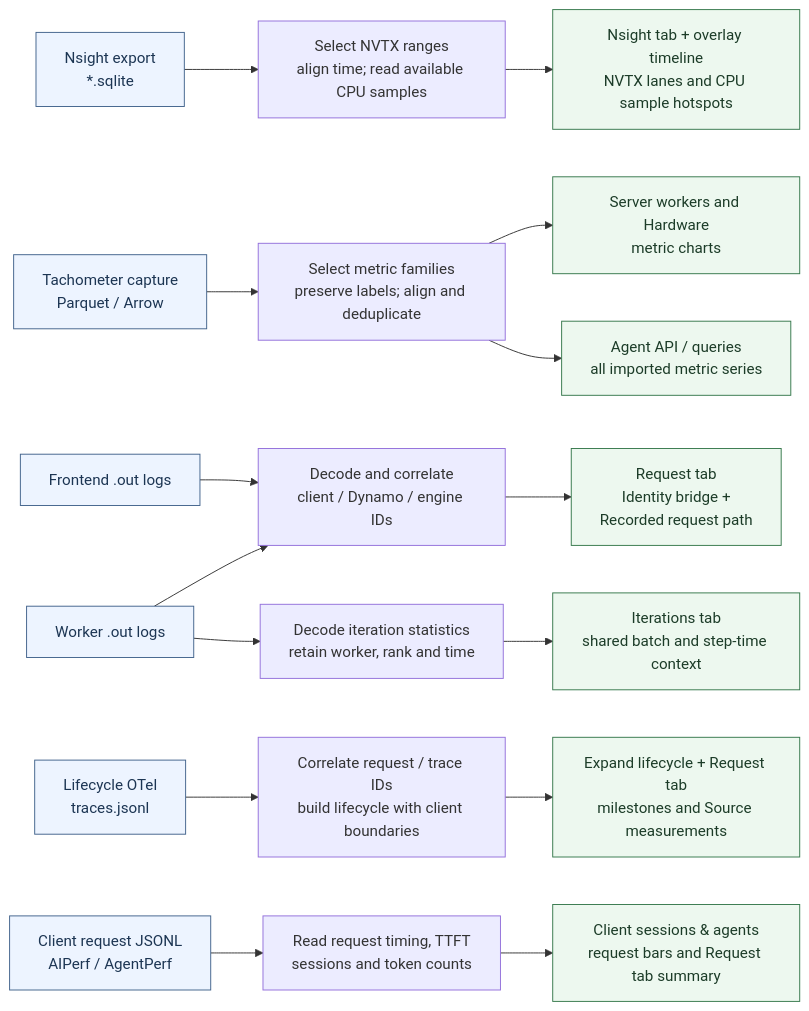
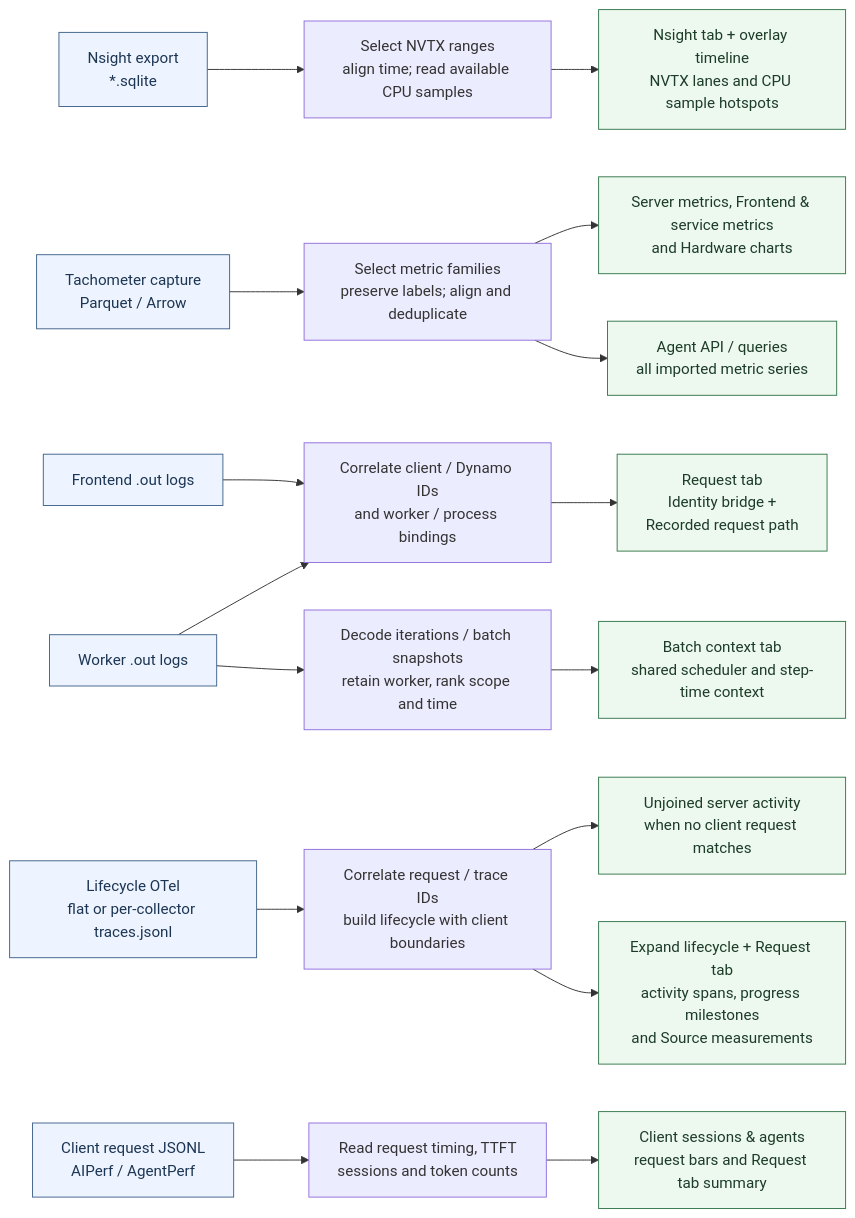
Before and after one commit to NVIDIA/srt-slurm: the first of 2 diagrams in docs/dsight-data-flow.md, drawn with Mermaid. The commit also changed other lines of this file and 20 other files, not shown here.

````diff
--- a/docs/dsight-data-flow.md
+++ b/docs/dsight-data-flow.md
@@ -14,26 +14,27 @@
 ```mermaid
 flowchart LR
     N["Nsight export<br/>*.sqlite"] --> NP["Select NVTX ranges<br/>align time; read available CPU samples"]
     NP --> NU["Nsight tab + overlay timeline<br/>NVTX lanes and CPU sample hotspots"]
 
     T["Tachometer capture<br/>Parquet / Arrow"] --> MP["Select metric families<br/>preserve labels; align and deduplicate"]
-    MP --> MU["Server workers and Hardware<br/>metric charts"]
+    MP --> MU["Server metrics, Frontend &amp; service metrics<br/>and Hardware charts"]
     MP --> MQ["Agent API / queries<br/>all imported metric series"]
 
-    W["Worker .out logs"] --> IP["Decode and correlate<br/>client / Dynamo / engine IDs"]
+    W["Worker .out logs"] --> IP["Correlate client / Dynamo IDs<br/>and worker / process bindings"]
     F["Frontend .out logs"] --> IP
     IP --> IU["Request tab<br/>Identity bridge +<br/>Recorded request path"]
-    W --> BP["Decode iteration statistics<br/>retain worker, rank and time"]
-    BP --> BU["Iterations tab<br/>shared batch and step-time context"]
+    W --> BP["Decode iterations / batch snapshots<br/>retain worker, rank scope and time"]
+    BP --> BU["Batch context tab<br/>shared scheduler and step-time context"]
 
-    O["Lifecycle OTel<br/>traces.jsonl"] --> LP["Correlate request / trace IDs<br/>build lifecycle with client boundaries"]
-    LP --> LU["Expand lifecycle + Request tab<br/>milestones and Source measurements"]
+    O["Lifecycle OTel<br/>flat or per-collector traces.jsonl"] --> LP["Correlate request / trace IDs<br/>build lifecycle with client boundaries"]
+    LP --> SU["Unjoined server activity<br/>when no client request matches"]
+    LP --> LU["Expand lifecycle + Request tab<br/>activity spans, progress milestones<br/>and Source measurements"]
 
     C["Client request JSONL<br/>AIPerf / AgentPerf"] --> CP["Read request timing, TTFT<br/>sessions and token counts"]
     CP --> CU["Client sessions & agents<br/>request bars and Request tab summary"]
 
     classDef source fill:#edf4ff,stroke:#42638c,color:#1c3553;
     classDef ui fill:#edf8ef,stroke:#36784c,color:#1c3c28;
     class N,T,W,F,O,C source;
-    class NU,MU,MQ,IU,BU,LU,CU ui;
+    class NU,MU,MQ,IU,BU,LU,SU,CU ui;
 ```
````
